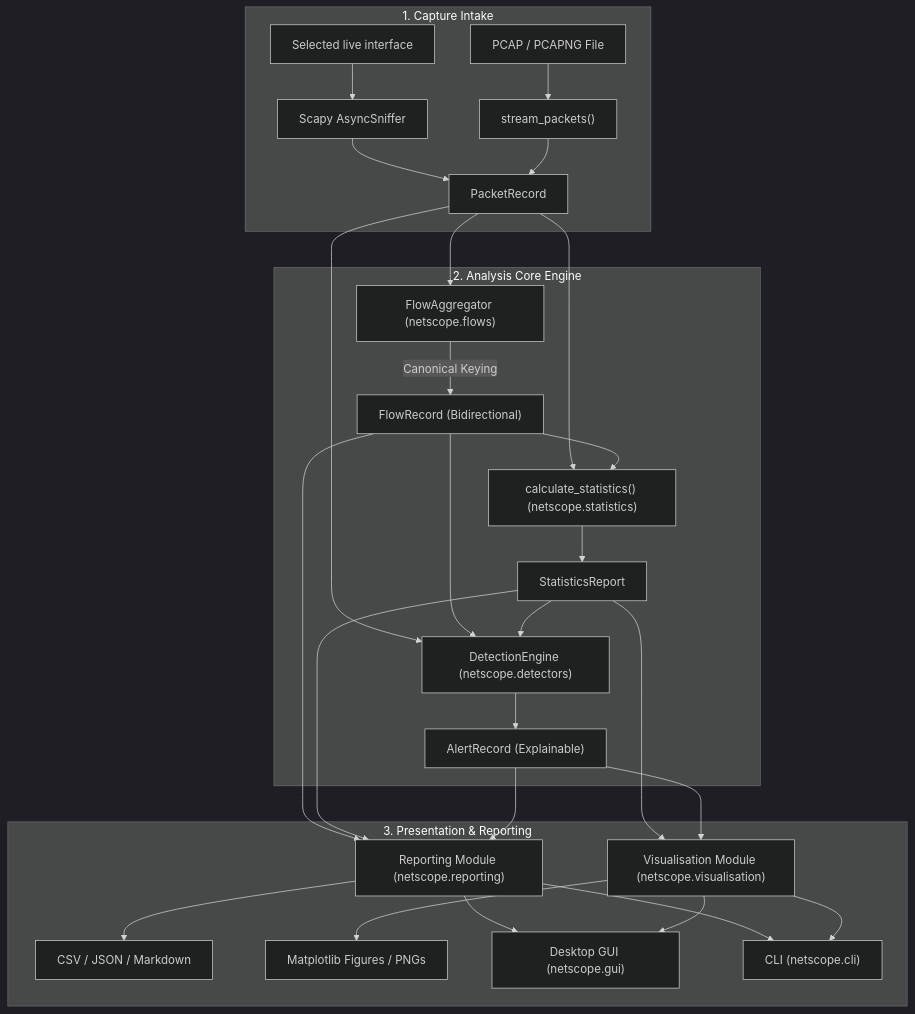
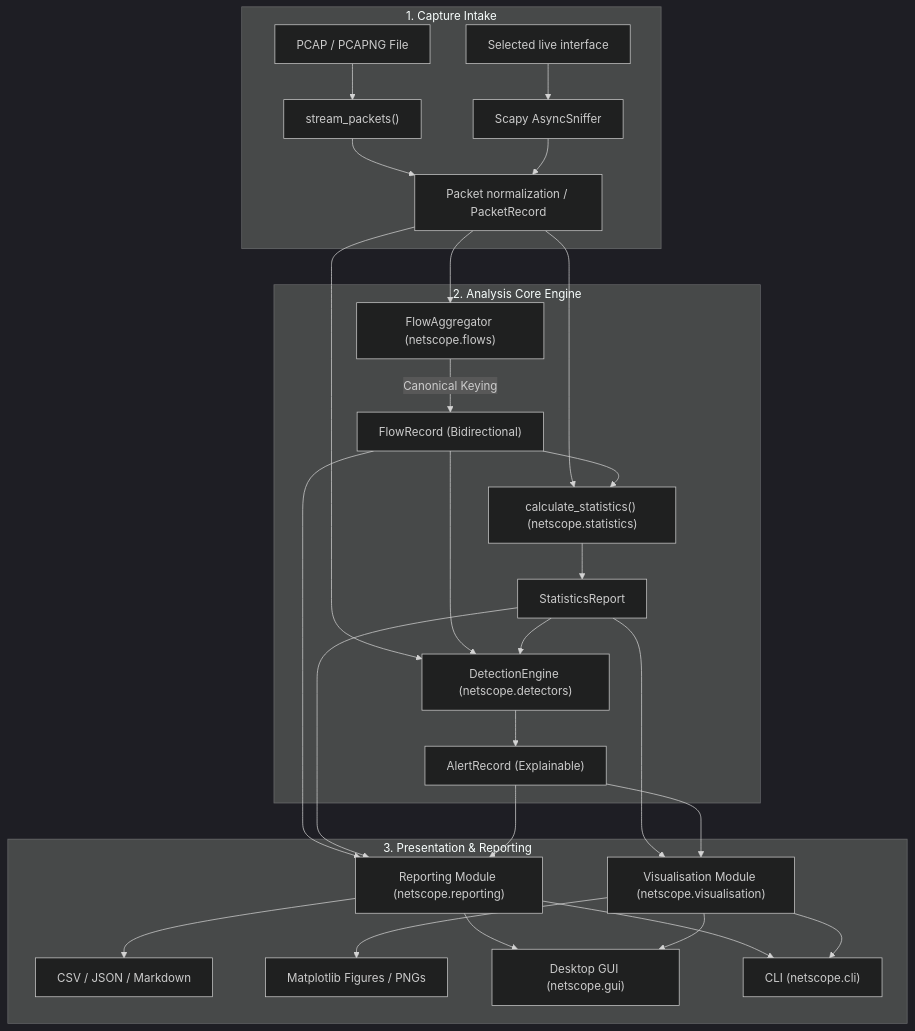
Before and after one commit to kavni-29/netscope: the diagram in README.md, drawn with Mermaid (dark theme). The commit also changed other lines of this file, not shown here.

````diff
--- a/README.md
+++ b/README.md
@@ -89,27 +89,27 @@
 ```mermaid
 flowchart TD
     subgraph Intake ["1. Capture Intake"]
     A["PCAP / PCAPNG File"] --> B["stream_packets()"]
     X["Selected live interface"] --> C["Scapy AsyncSniffer"]
+    B --> D["Packet normalization / PacketRecord"]
     C --> D
-    B --> D["PacketRecord"]
     end
 
     subgraph Core ["2. Analysis Core Engine"]
         D --> E["FlowAggregator (netscope.flows)"]
         E -->|Canonical Keying| F["FlowRecord (Bidirectional)"]
         D & F --> G["calculate_statistics() (netscope.statistics)"]
         G --> H["StatisticsReport"]
         D & F & H --> I["DetectionEngine (netscope.detectors)"]
         I --> J["AlertRecord (Explainable)"]
     end
 
     subgraph Export ["3. Presentation & Reporting"]
         F & H & J --> K["Reporting Module (netscope.reporting)"]
         H & J --> L["Visualisation Module (netscope.visualisation)"]
         K --> M["CSV / JSON / Markdown"]
         L --> N["Matplotlib Figures / PNGs"]
         K & L --> O["Desktop GUI (netscope.gui)"]
         K & L --> P["CLI (netscope.cli)"]
     end
 ```
````
